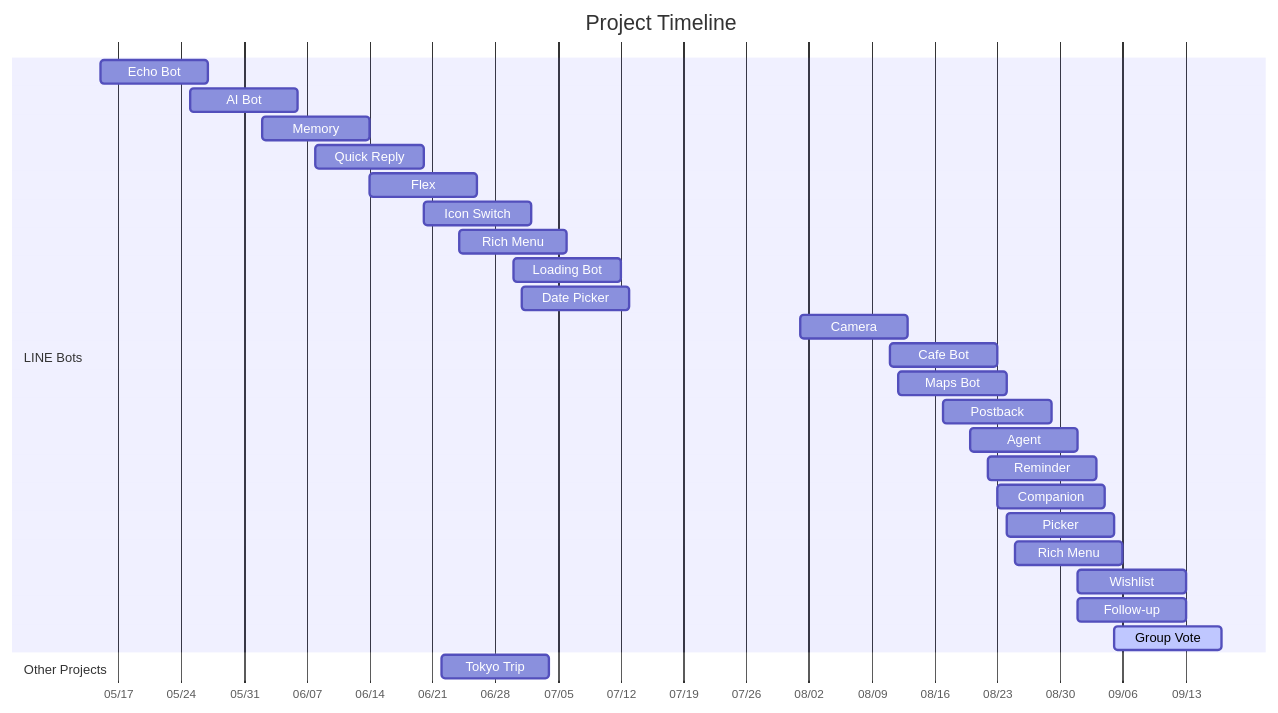
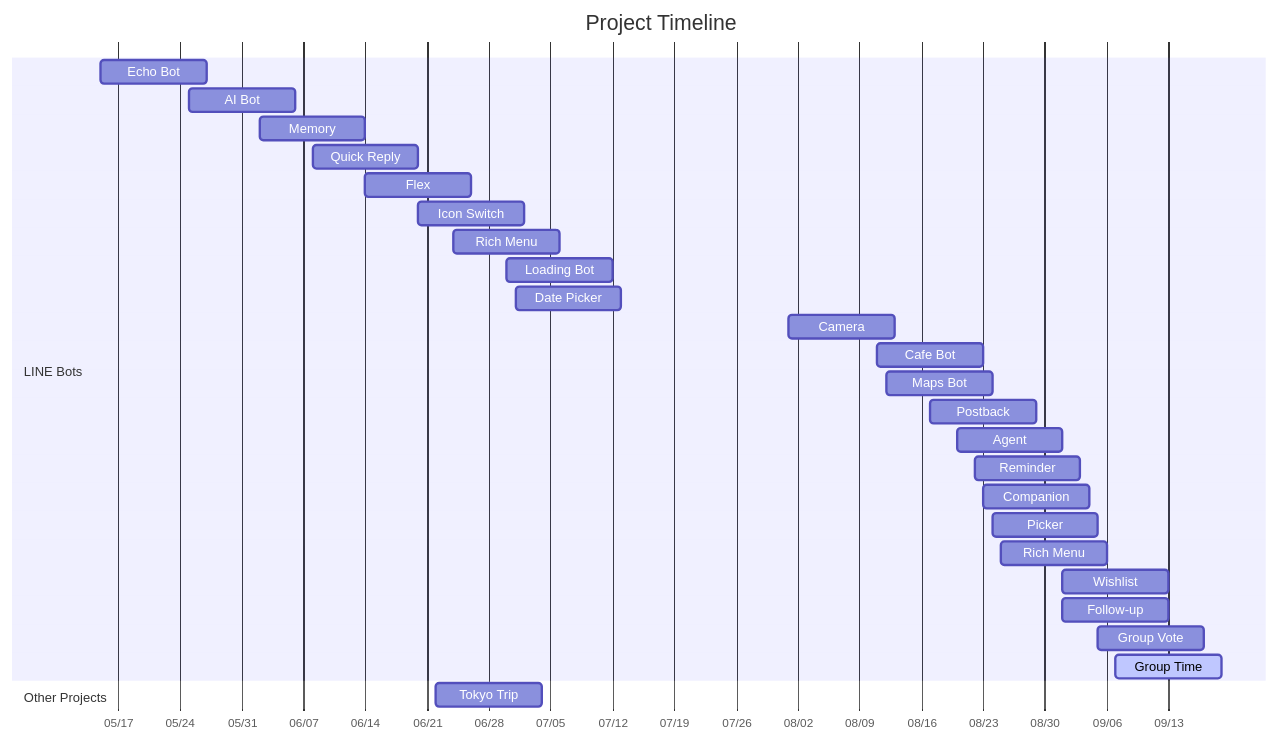
Before and after one commit to zonawang/zona-ai-learning-lab: the diagram in README.md, drawn with Mermaid. The commit also changed other lines of this file, not shown here.

Commit message:
docs: add LINE Cafe group scheduler journey

````diff
--- a/README.md
+++ b/README.md
@@ -16,32 +16,33 @@
 ```mermaid
 gantt
     title Project Timeline
     dateFormat YYYY-MM-DD
     axisFormat %m/%d
 
     section LINE Bots
     Echo Bot      :p1, 2026-05-15, 12d
     AI Bot        :p2, 2026-05-25, 12d
     Memory        :p3, 2026-06-02, 12d
     Quick Reply   :p4, 2026-06-08, 12d
     Flex          :p5, 2026-06-14, 12d
     Icon Switch   :p6, 2026-06-20, 12d
     Rich Menu     :p8, 2026-06-24, 12d
     Loading Bot   :p9, 2026-06-30, 12d
     Date Picker   :p10, 2026-07-01, 12d
     Camera        :p11, 2026-08-01, 12d
     Cafe Bot      :p12, 2026-08-11, 12d
     Maps Bot      :p13, 2026-08-12, 12d
     Postback      :p14, 2026-08-17, 12d
     Agent         :p15, 2026-08-20, 12d
     Reminder      :p16, 2026-08-22, 12d
     Companion     :p17, 2026-08-23, 12d
     Picker        :p18, 2026-08-24, 12d
     Rich Menu     :p19, 2026-08-25, 12d
     Wishlist      :p20, 2026-09-01, 12d
     Follow-up     :p21, 2026-09-01, 12d
-    Group Vote    :active, p22, 2026-09-05, 12d
+    Group Vote    :p22, 2026-09-05, 12d
+    Group Time    :active, p23, 2026-09-07, 12d
 
     section Other Projects
     Tokyo Trip    :p7, 2026-06-22, 12d
 ```
````
